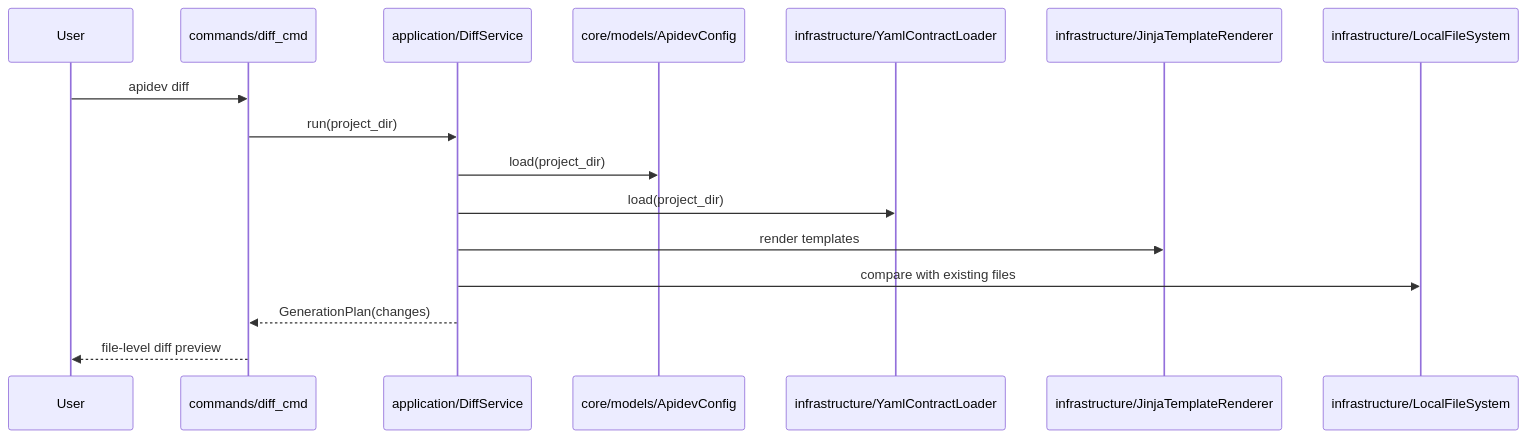
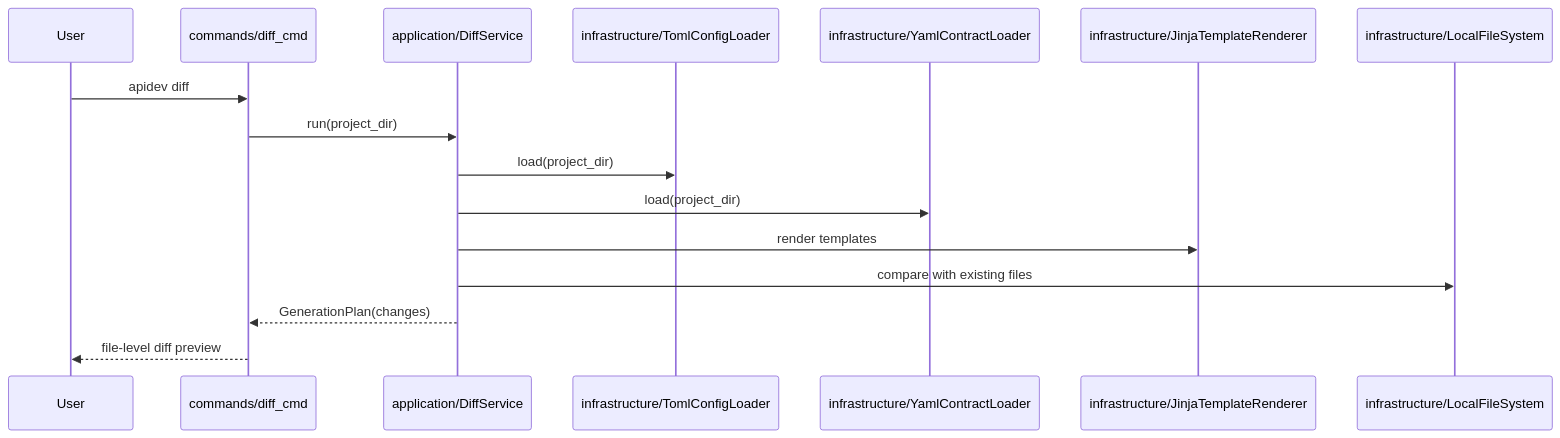
The third of 5 diagrams in docs/architecture.md (alexey-gladilin/apidev), drawn with Mermaid before and after one commit. The commit also changed other lines of this file and 35 other files, not shown here.

First line of the commit message:
feat: Enhance architecture testing and configuration management

````diff
--- a/docs/architecture.md
+++ b/docs/architecture.md
@@ -50,19 +50,19 @@
 ```mermaid
 sequenceDiagram
     participant U as User
     participant CMD as commands/diff_cmd
     participant SVC as application/DiffService
-    participant CFG as core/models/ApidevConfig
+    participant CFG as infrastructure/TomlConfigLoader
     participant LD as infrastructure/YamlContractLoader
     participant RND as infrastructure/JinjaTemplateRenderer
     participant FS as infrastructure/LocalFileSystem
 
     U->>CMD: apidev diff
     CMD->>SVC: run(project_dir)
     SVC->>CFG: load(project_dir)
     SVC->>LD: load(project_dir)
     SVC->>RND: render templates
     SVC->>FS: compare with existing files
     SVC-->>CMD: GenerationPlan(changes)
     CMD-->>U: file-level diff preview
 ```
````
